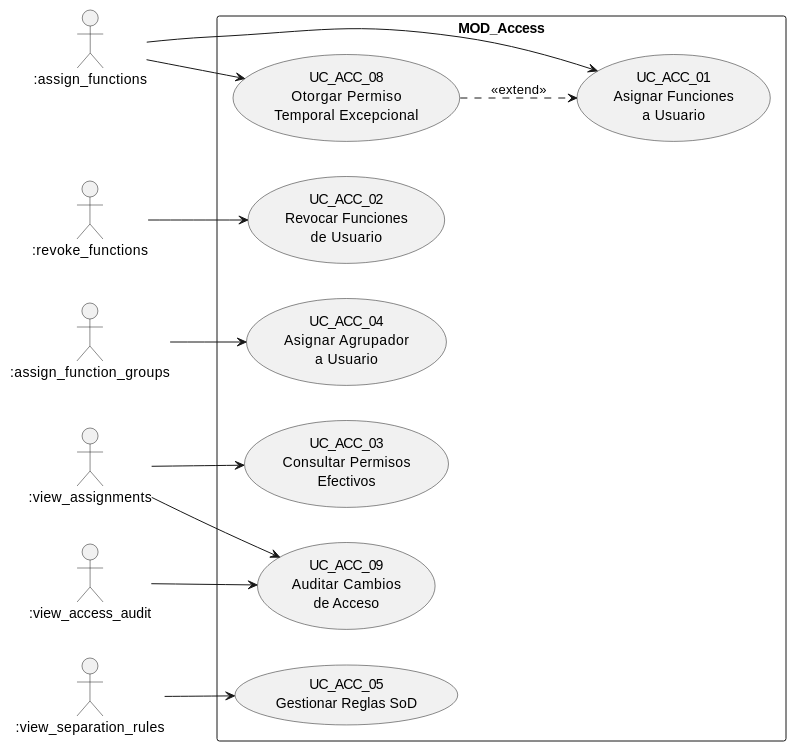
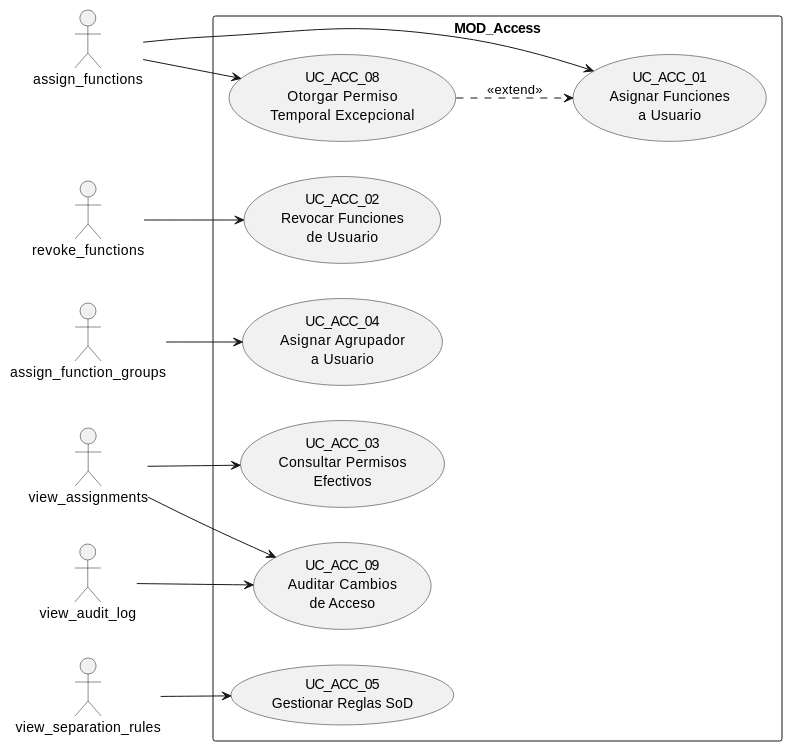
The third of 13 diagrams in source/arquitectura-tecnica/diagramas-uc-por-modulo.rst (jcg-admin/IACT-docs), drawn with PlantUML before and after one commit. The commit also changed other lines of this file and 157 other files, not shown here.

First line of the commit message:
Enforce catalog function names across all diagrams

```diff
--- a/source/arquitectura-tecnica/diagramas-uc-por-modulo.rst
+++ b/source/arquitectura-tecnica/diagramas-uc-por-modulo.rst
@@ -103,35 +103,35 @@
 .. uml::
  :caption: Figura 18 — MOD_Access: casos de uso
 
  @startuml
  left to right direction
 
- actor ":assign_functions" as AF
- actor ":revoke_functions" as RF
- actor ":view_assignments" as VA
- actor ":assign_function_groups" as AFG
- actor ":view_separation_rules" as VSR
- actor ":view_access_audit" as VAA
+ actor "assign_functions" as AF
+ actor "revoke_functions" as RF
+ actor "view_assignments" as VA
+ actor "assign_function_groups" as AFG
+ actor "view_separation_rules" as VSR
+ actor "view_audit_log" as VAA
 
  rectangle "MOD_Access" {
    usecase "UC_ACC_01\nAsignar Funciones\na Usuario" as AC01
    usecase "UC_ACC_02\nRevocar Funciones\nde Usuario" as AC02
    usecase "UC_ACC_03\nConsultar Permisos\nEfectivos" as AC03
    usecase "UC_ACC_04\nAsignar Agrupador\na Usuario" as AC04
    usecase "UC_ACC_05\nGestionar Reglas SoD" as AC05
    usecase "UC_ACC_08\nOtorgar Permiso\nTemporal Excepcional" as AC08
    usecase "UC_ACC_09\nAuditar Cambios\nde Acceso" as AC09
  }
 
  AF --> AC01
  AF --> AC08
  RF --> AC02
  VA --> AC03
  AFG --> AC04
  VSR --> AC05
  VAA --> AC09
  VA --> AC09
 
  AC08 ..> AC01 : <<extend>>
 
  @enduml
```
